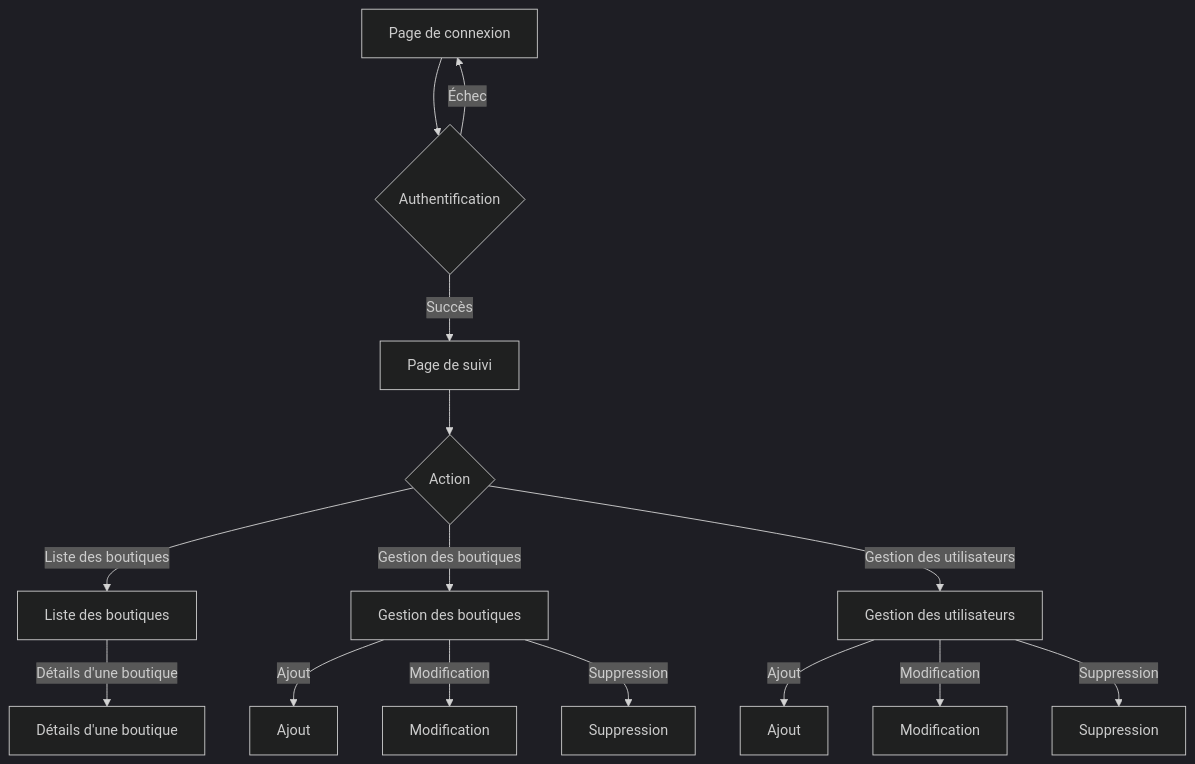
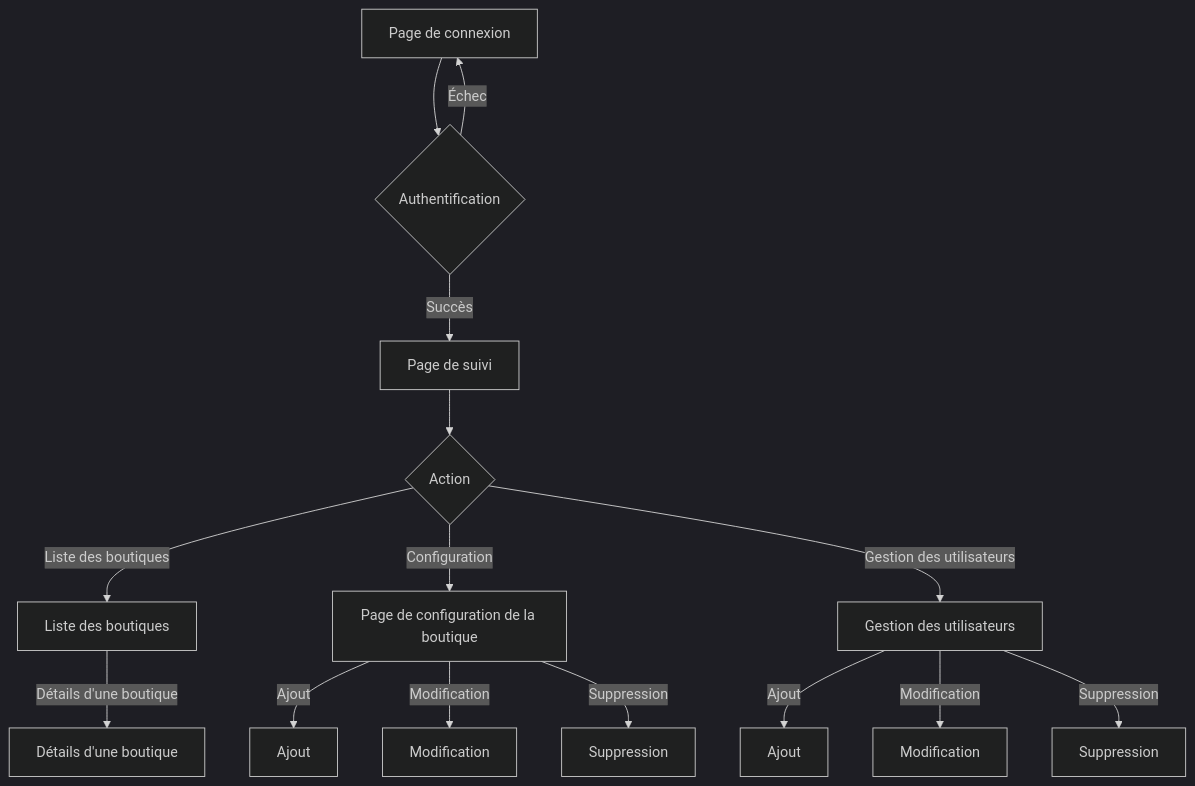
One commit to Dev-EtapesPrint/DeployNow changed the second of 3 diagrams in README.md. Above: the diagram before and after it, drawn with Mermaid (dark theme).

````diff
--- a/README.md
+++ b/README.md
@@ -31,17 +31,17 @@
 ```mermaid
 graph TD
     A[Page de connexion] --> B{Authentification}
     B -->|Succès| C[Page de suivi]
     B -->|Échec| A
     C --> D{Action}
     D -->|Liste des boutiques| E[Liste des boutiques]
     E -->|Détails d'une boutique| F[Détails d'une boutique]
-    D -->|Gestion des boutiques| G[Gestion des boutiques]
+    D -->|Configuration| G[Page de configuration de la boutique]
     G -->|Ajout| H[Ajout]
     G -->|Modification| I[Modification]
     G -->|Suppression| J[Suppression]
     D -->|Gestion des utilisateurs| K[Gestion des utilisateurs]
     K -->|Ajout| L[Ajout]
     K -->|Modification| M[Modification]
     K -->|Suppression| N[Suppression]
 ```
````
